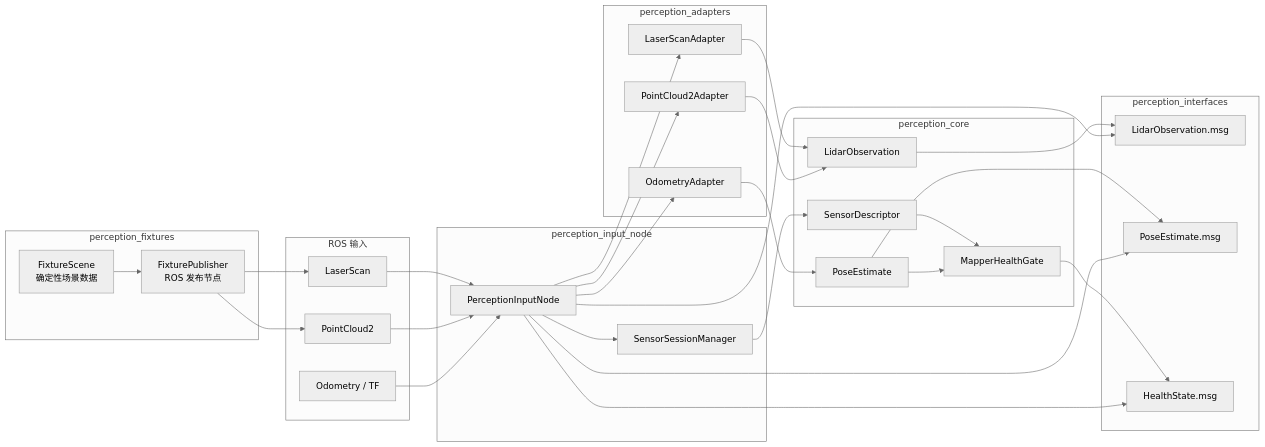
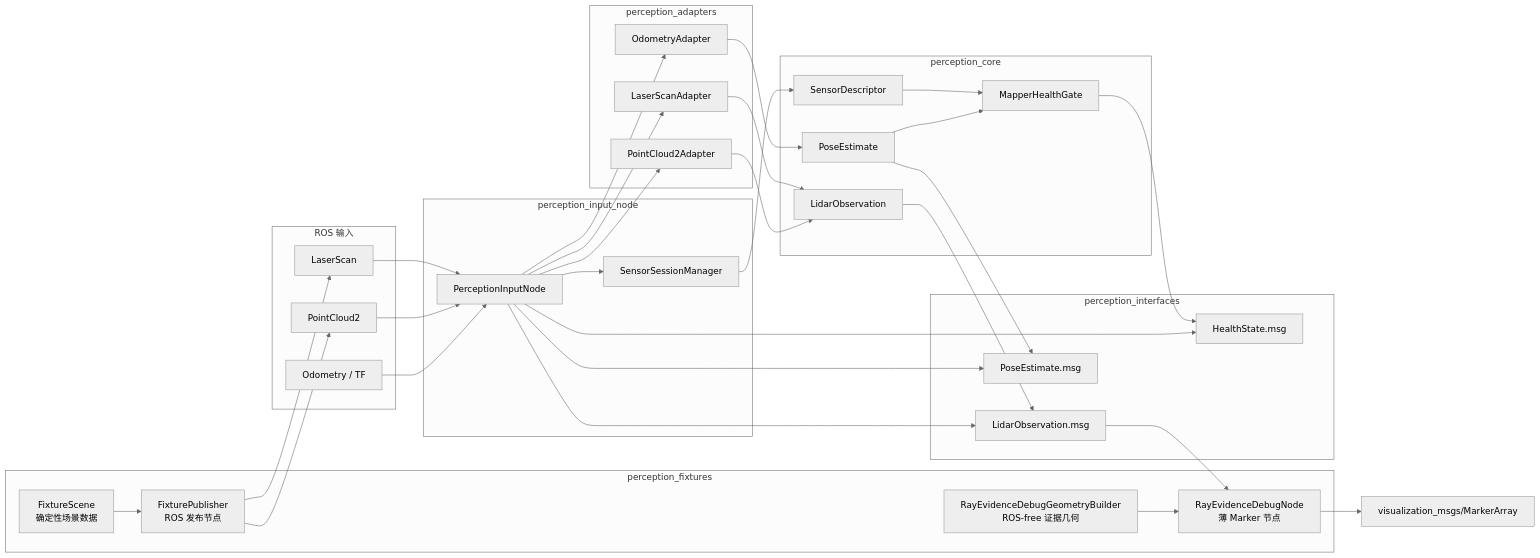
Before and after one commit to qian-loong/alien_scanner: the first of 3 diagrams in docs/perception-class-relations.md, drawn with Mermaid (neutral theme). The commit also changed other lines of this file and 50 other files, not shown here.

Commit message:
phase4(step1): add ray evidence capability and debug view

````diff
--- a/docs/perception-class-relations.md
+++ b/docs/perception-class-relations.md
@@ -42,63 +45,70 @@
 ```mermaid
 flowchart LR
     subgraph Fixtures[perception_fixtures]
         Scene[FixtureScene<br/>确定性场景数据]
         Publisher[FixturePublisher<br/>ROS 发布节点]
+        DebugBuilder[RayEvidenceDebugGeometryBuilder<br/>ROS-free 证据几何]
+        DebugNode[RayEvidenceDebugNode<br/>薄 Marker 节点]
         Scene --> Publisher
+        DebugBuilder --> DebugNode
     end
 
     subgraph ROSInput[ROS 输入]
         Laser[LaserScan]
         Cloud[PointCloud2]
         Odom[Odometry / TF]
     end
 
     subgraph Node[perception_input_node]
         InputNode[PerceptionInputNode]
         Session[SensorSessionManager]
     end
 
     subgraph Adapters[perception_adapters]
         LaserAdapter[LaserScanAdapter]
         CloudAdapter[PointCloud2Adapter]
         OdomAdapter[OdometryAdapter]
     end
 
     subgraph Core[perception_core]
         Descriptor[SensorDescriptor]
         Observation[LidarObservation]
         Pose[PoseEstimate]
         Health[MapperHealthGate]
     end
 
     subgraph Interfaces[perception_interfaces]
         ObservationMsg[LidarObservation.msg]
         PoseMsg[PoseEstimate.msg]
         HealthMsg[HealthState.msg]
     end
 
+    MarkerArray[visualization_msgs/MarkerArray]
+
     Publisher --> Laser
     Publisher --> Cloud
     Laser --> InputNode
     Cloud --> InputNode
     Odom --> InputNode
 
     InputNode --> Session
     InputNode --> LaserAdapter
     InputNode --> CloudAdapter
     InputNode --> OdomAdapter
 
     Session --> Descriptor
     LaserAdapter --> Observation
     CloudAdapter --> Observation
     OdomAdapter --> Pose
     Descriptor --> Health
     Pose --> Health
     Health --> HealthMsg
 
     Observation --> ObservationMsg
     Pose --> PoseMsg
     InputNode --> ObservationMsg
     InputNode --> PoseMsg
     InputNode --> HealthMsg
+    ObservationMsg --> DebugNode
+    DebugNode --> MarkerArray
 ```
````
